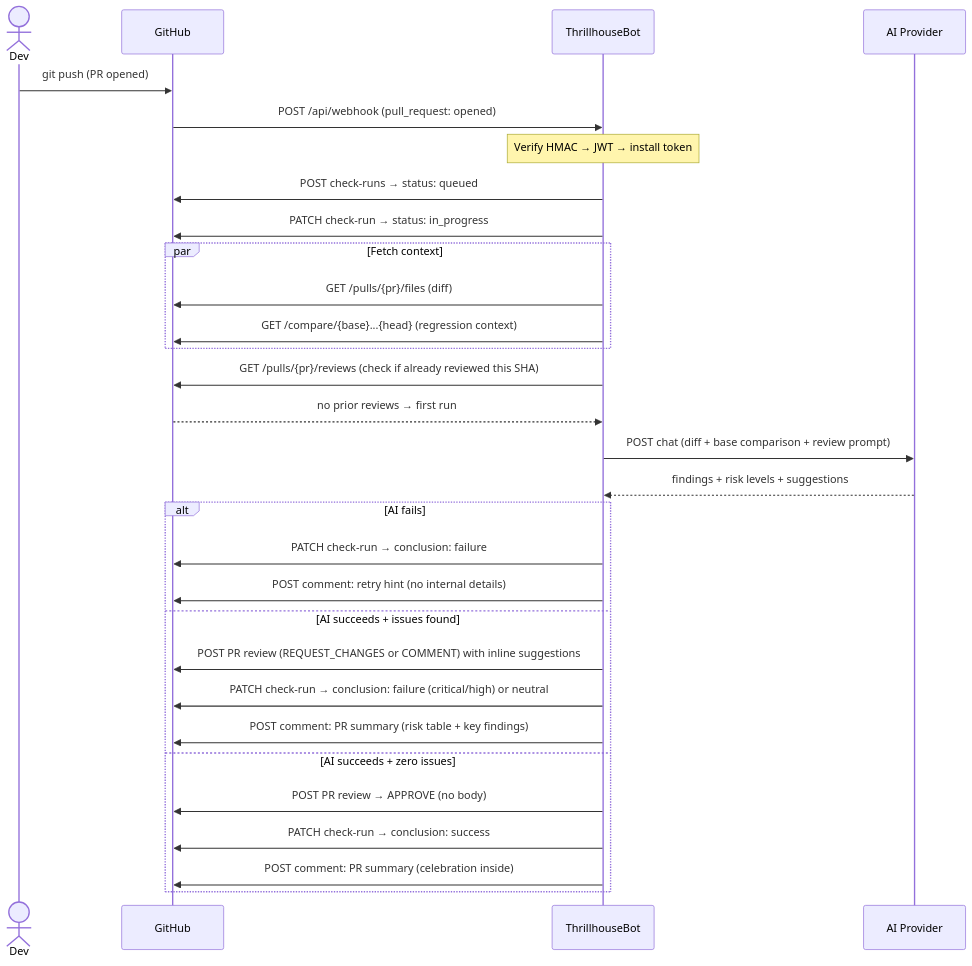
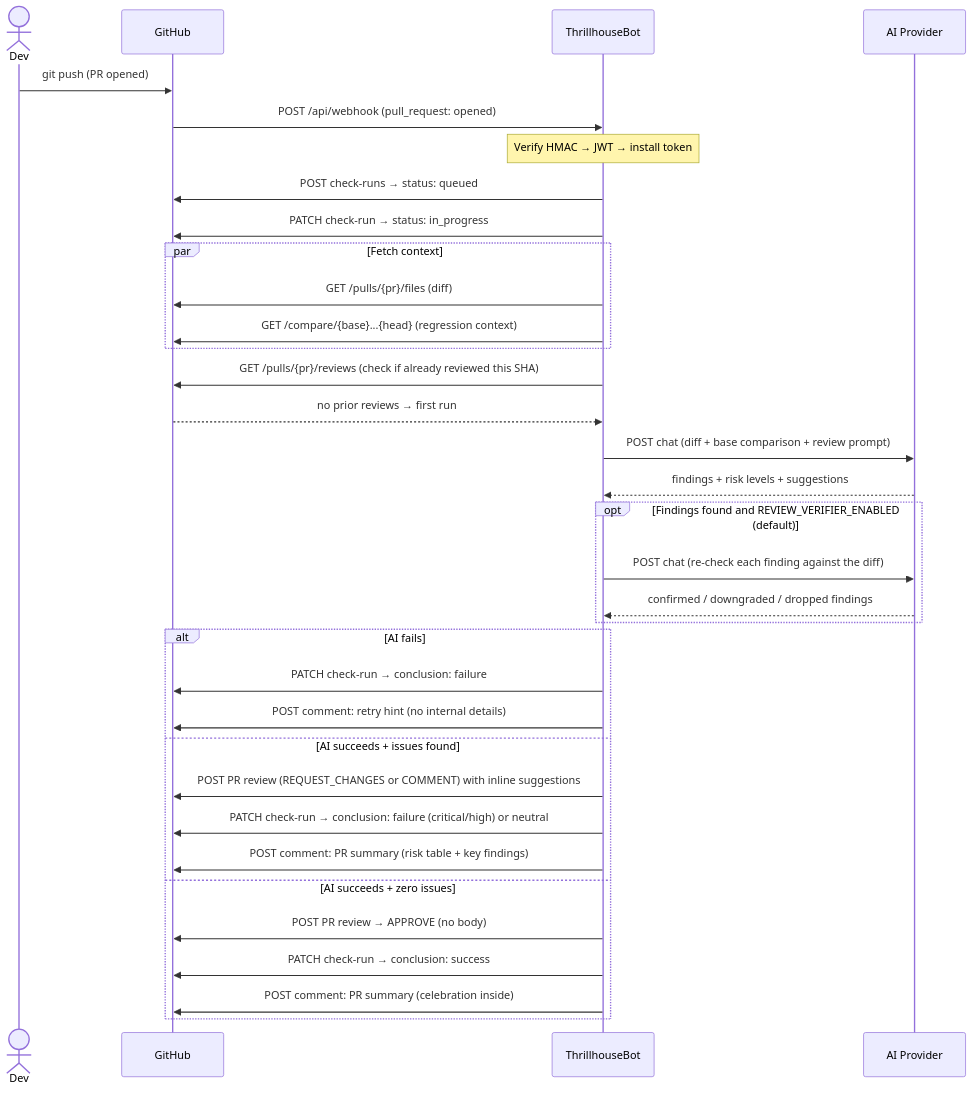
One commit to devops-thiago/ThrillhouseBot changed the third of 6 diagrams in docs/ARCHITECTURE.md. Above: the diagram before and after it, drawn with Mermaid. The commit also changed other lines of this file and 29 other files, not shown here.

````diff
--- a/docs/ARCHITECTURE.md
+++ b/docs/ARCHITECTURE.md
@@ -61,39 +63,44 @@
 ```mermaid
 sequenceDiagram
     actor Dev
     participant GH as GitHub
     participant TB as ThrillhouseBot
     participant AI as AI Provider
 
     Dev->>GH: git push (PR opened)
     GH->>TB: POST /api/webhook (pull_request: opened)
 
     Note over TB: Verify HMAC → JWT → install token
 
     TB->>GH: POST check-runs → status: queued
     TB->>GH: PATCH check-run → status: in_progress
 
     par Fetch context
         TB->>GH: GET /pulls/{pr}/files (diff)
         TB->>GH: GET /compare/{base}...{head} (regression context)
     end
 
     TB->>GH: GET /pulls/{pr}/reviews (check if already reviewed this SHA)
     GH-->>TB: no prior reviews → first run
 
     TB->>AI: POST chat (diff + base comparison + review prompt)
     AI-->>TB: findings + risk levels + suggestions
 
+    opt Findings found and REVIEW_VERIFIER_ENABLED (default)
+        TB->>AI: POST chat (re-check each finding against the diff)
+        AI-->>TB: confirmed / downgraded / dropped findings
+    end
+
     alt AI fails
         TB->>GH: PATCH check-run → conclusion: failure
         TB->>GH: POST comment: retry hint (no internal details)
     else AI succeeds + issues found
         TB->>GH: POST PR review (REQUEST_CHANGES or COMMENT) with inline suggestions
         TB->>GH: PATCH check-run → conclusion: failure (critical/high) or neutral
         TB->>GH: POST comment: PR summary (risk table + key findings)
     else AI succeeds + zero issues
         TB->>GH: POST PR review → APPROVE (no body)
         TB->>GH: PATCH check-run → conclusion: success
         TB->>GH: POST comment: PR summary (celebration inside)
     end
 ```
````
